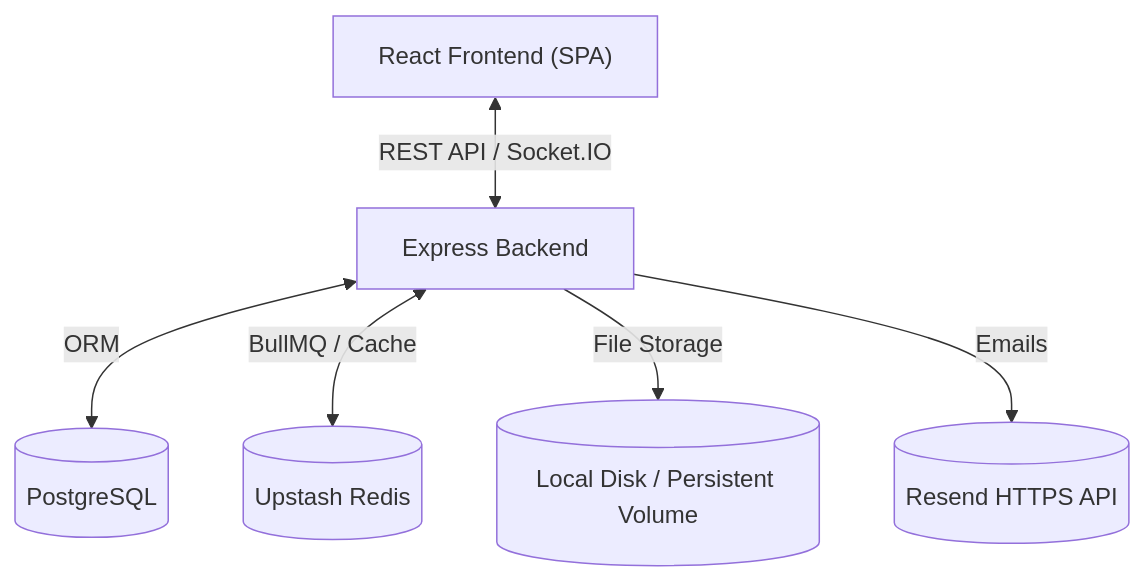
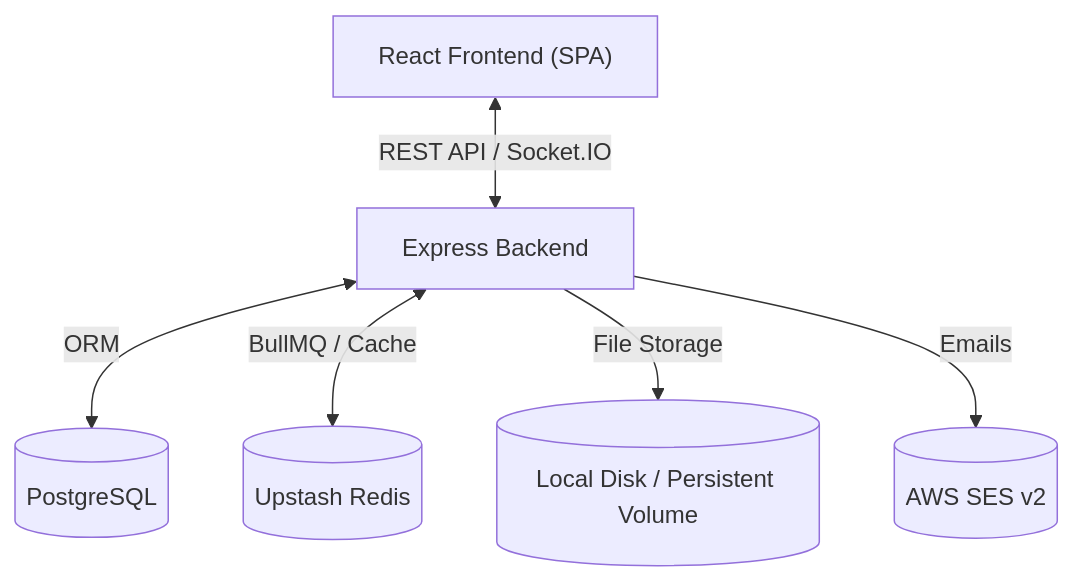
The first of 2 diagrams in docs/01_PROJECT_OVERVIEW.md (suvojit004/jobsforwomen), drawn with Mermaid before and after one commit. The commit also changed other lines of this file and 28 other files, not shown here.

Commit message:
Migrate email from Resend to AWS SES v2 with rate limiting and SNS bounce handling

````diff
--- a/docs/01_PROJECT_OVERVIEW.md
+++ b/docs/01_PROJECT_OVERVIEW.md
@@ -27,8 +27,8 @@
 ```mermaid
 graph TD
     Client["React Frontend (SPA)"] <-->|REST API / Socket.IO| Server["Express Backend"]
     Server <-->|ORM| DB[("PostgreSQL")]
     Server <-->|BullMQ / Cache| Redis[("Upstash Redis")]
     Server -->|File Storage| Disk[("Local Disk / Persistent Volume")]
-    Server -->|Emails| Resend[("Resend HTTPS API")]
+    Server -->|Emails| SES[("AWS SES v2")]
 ```
````
